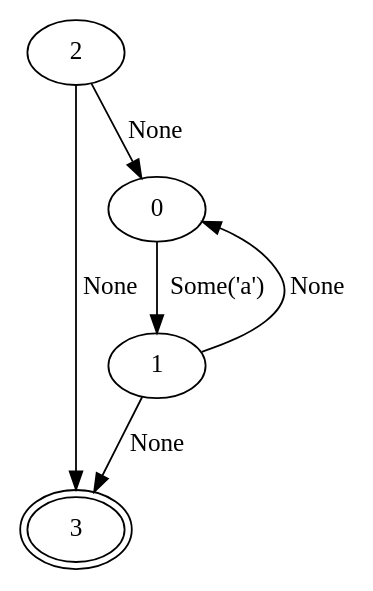
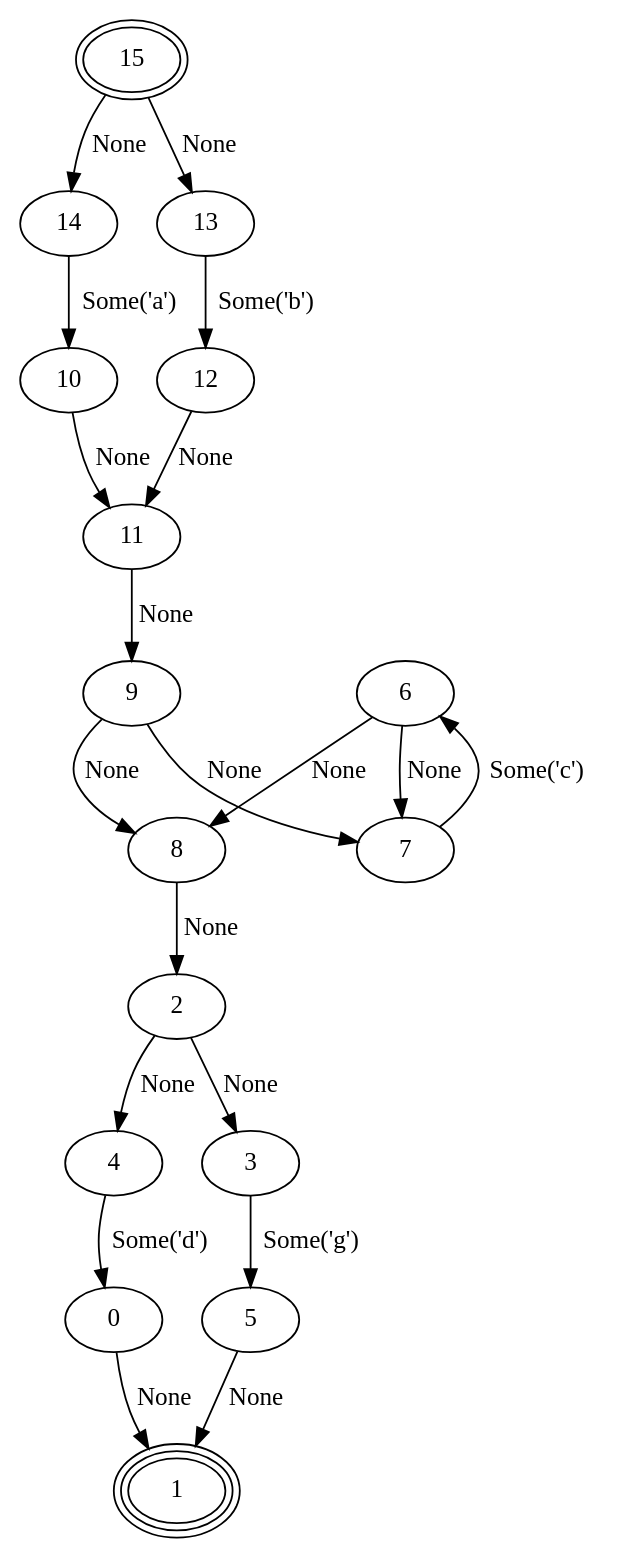
The diagram in out.dot (pskrgag/rregex), drawn with Graphviz before and after one commit. The commit also changed 3 other files, not shown here.

```diff
--- a/out.dot
+++ b/out.dot
@@ -1,8 +1,23 @@
 digraph G {
-3 [peripheries=2];
-2 -> 0 [ label="None" ];
+1 [peripheries=3];
+15 [peripheries=2];
+4 -> 0 [ label="Some('d')" ];
+0 -> 1 [ label="None" ];
 2 -> 3 [ label="None" ];
-0 -> 1 [ label="Some('a')" ];
-1 -> 0 [ label="None" ];
-1 -> 3 [ label="None" ];
+2 -> 4 [ label="None" ];
+8 -> 2 [ label="None" ];
+7 -> 6 [ label="Some('c')" ];
+10 -> 11 [ label="None" ];
+9 -> 7 [ label="None" ];
+9 -> 8 [ label="None" ];
+3 -> 5 [ label="Some('g')" ];
+13 -> 12 [ label="Some('b')" ];
+15 -> 13 [ label="None" ];
+15 -> 14 [ label="None" ];
+14 -> 10 [ label="Some('a')" ];
+5 -> 1 [ label="None" ];
+6 -> 7 [ label="None" ];
+6 -> 8 [ label="None" ];
+11 -> 9 [ label="None" ];
+12 -> 11 [ label="None" ];
 }
```
